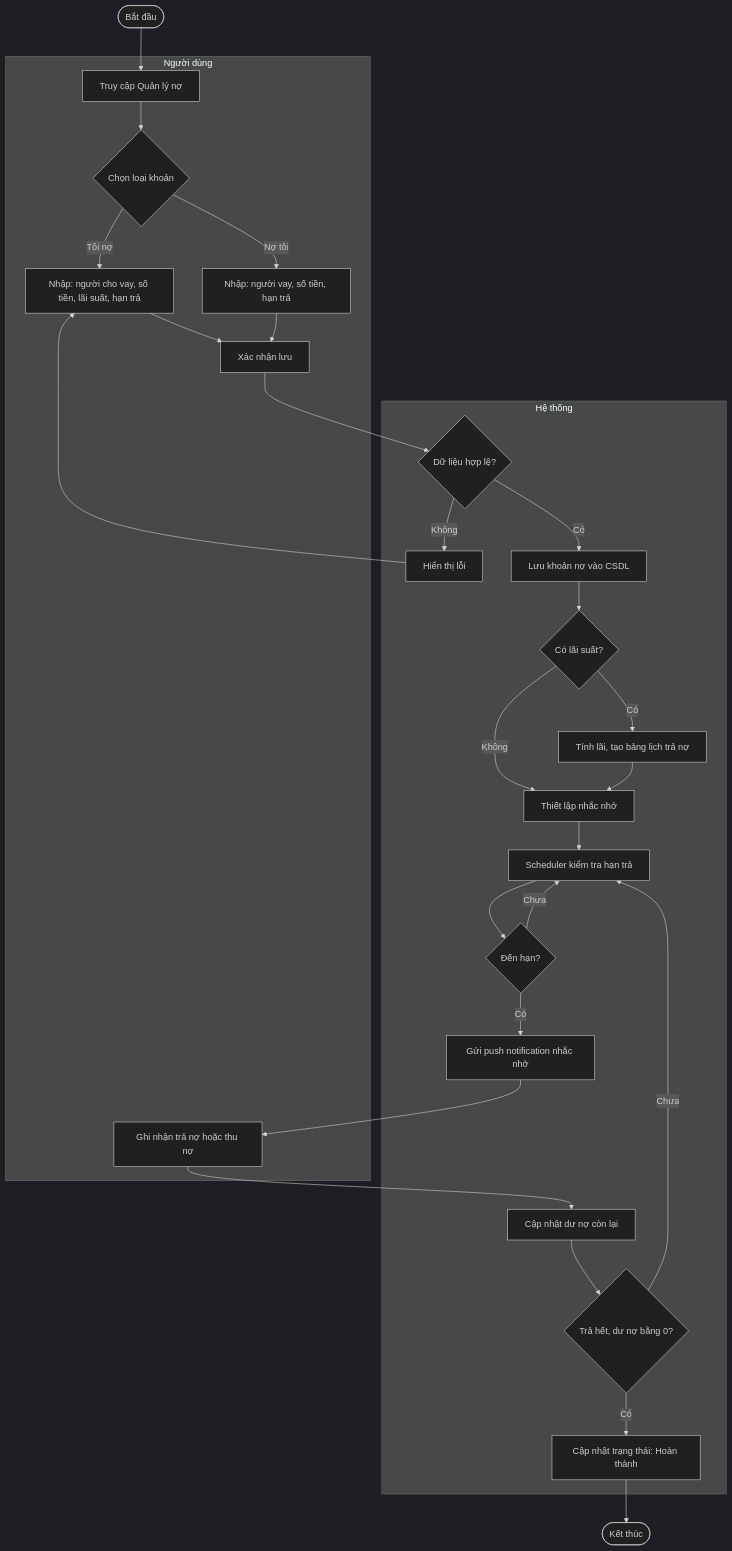
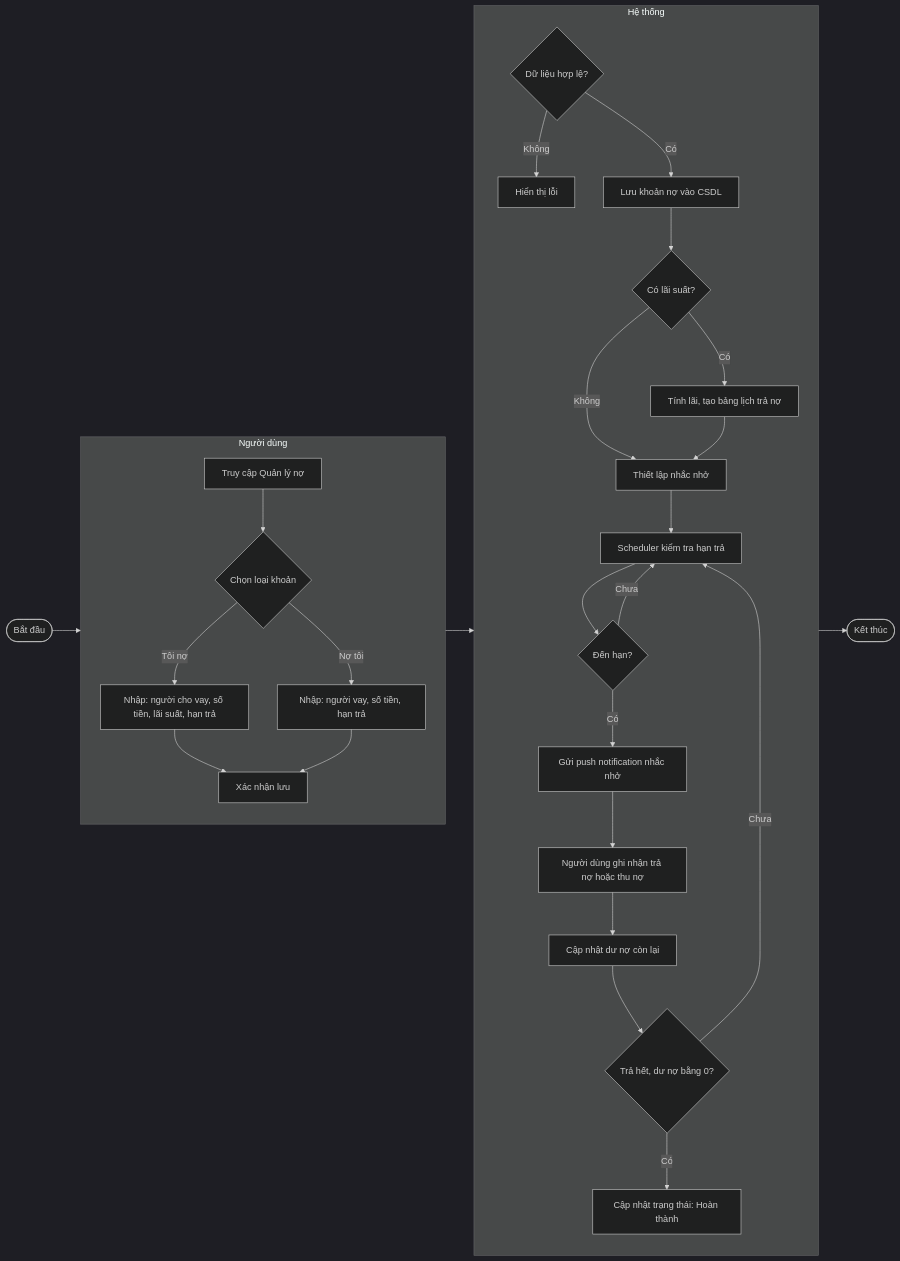
One commit to Hieu-vn/Graduation-Thesis changed the seventh of 10 diagrams in Nghiên cứu MISA MoneyKeeper.md. Above: the diagram before and after it, drawn with Mermaid (dark theme). The commit also changed other lines of this file, not shown here.

````diff
--- a/Nghiên cứu MISA MoneyKeeper.md
+++ b/Nghiên cứu MISA MoneyKeeper.md
@@ -359,54 +371,56 @@
 ```mermaid
-flowchart TD
+flowchart LR
     A([Bắt đầu])
 
     subgraph NguoiDung["Người dùng"]
+        direction TB
         B[Truy cập Quản lý nợ]
         C{Chọn loại khoản}
         D1[Nhập: người cho vay, số tiền, lãi suất, hạn trả]
         D2[Nhập: người vay, số tiền, hạn trả]
         E[Xác nhận lưu]
-        K[Ghi nhận trả nợ hoặc thu nợ]
     end
 
     subgraph HeThong["Hệ thống"]
+        direction TB
         F{Dữ liệu hợp lệ?}
         F2[Hiển thị lỗi]
         G[Lưu khoản nợ vào CSDL]
         G2{Có lãi suất?}
         G3[Tính lãi, tạo bảng lịch trả nợ]
         G4[Thiết lập nhắc nhở]
         H[Scheduler kiểm tra hạn trả]
         I{Đến hạn?}
         J[Gửi push notification nhắc nhở]
+        K[Người dùng ghi nhận trả nợ hoặc thu nợ]
         K2[Cập nhật dư nợ còn lại]
         K3{Trả hết, dư nợ bằng 0?}
         K4[Cập nhật trạng thái: Hoàn thành]
     end
 
     L([Kết thúc])
 
     A --> B
     B --> C
     C -->|Tôi nợ| D1
     C -->|Nợ tôi| D2
     D1 --> E
     D2 --> E
     E --> F
-    F -->|Không| F2 --> D1
+    F -->|Không| F2
     F -->|Có| G
     G --> G2
     G2 -->|Có| G3
     G2 -->|Không| G4
     G3 --> G4
     G4 --> H
     H --> I
     I -->|Chưa| H
     I -->|Có| J
     J --> K
     K --> K2
     K2 --> K3
     K3 -->|Có| K4
     K3 -->|Chưa| H
     K4 --> L
 ```
````
